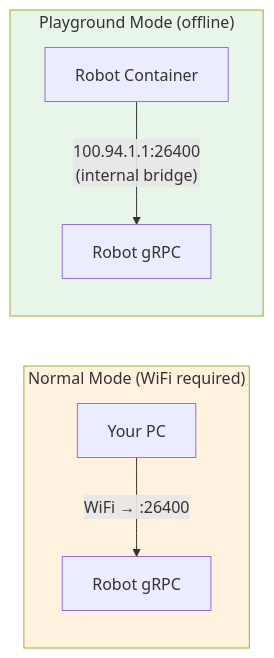
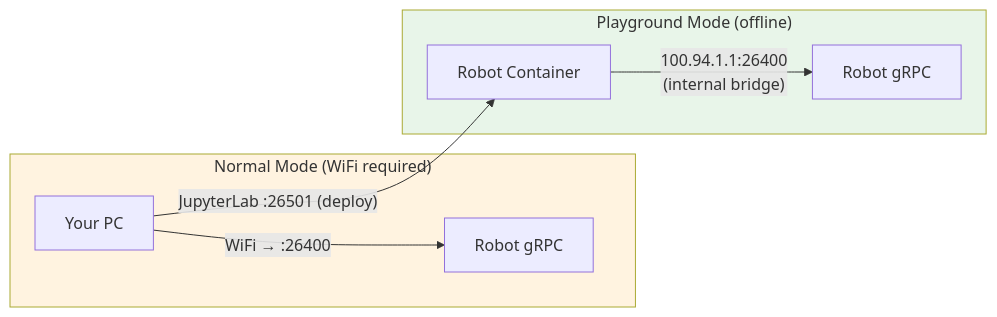
The third of 8 diagrams in README.md (sigmarobotics/kachaka-sdk-toolkit), drawn with Mermaid before and after one commit. The commit also changed other lines of this file and 11 other files, not shown here.

````diff
--- a/README.md
+++ b/README.md
@@ -898,13 +902,15 @@
 ```mermaid
 graph LR
     subgraph normal["Normal Mode (WiFi required)"]
         PC["Your PC"] -->|"WiFi → :26400"| R1["Robot gRPC"]
     end
 
     subgraph playground["Playground Mode (offline)"]
         CONT["Robot Container"] -->|"100.94.1.1:26400<br/>(internal bridge)"| R2["Robot gRPC"]
     end
 
+    PC -->|"JupyterLab :26501 (deploy)"| CONT
+
     style normal fill:#fff3e0
     style playground fill:#e8f5e9
 ```
````
